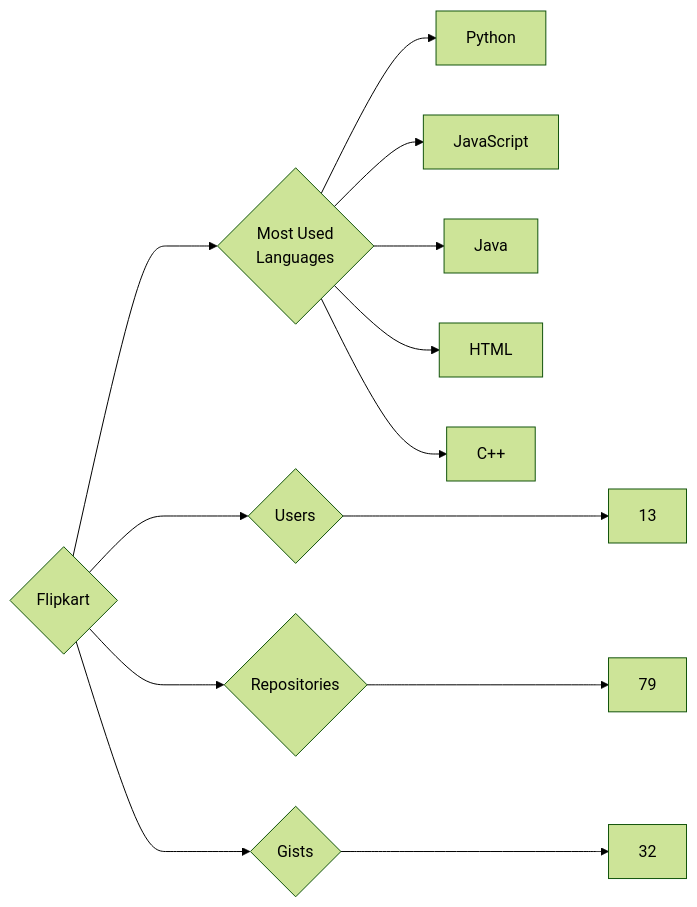
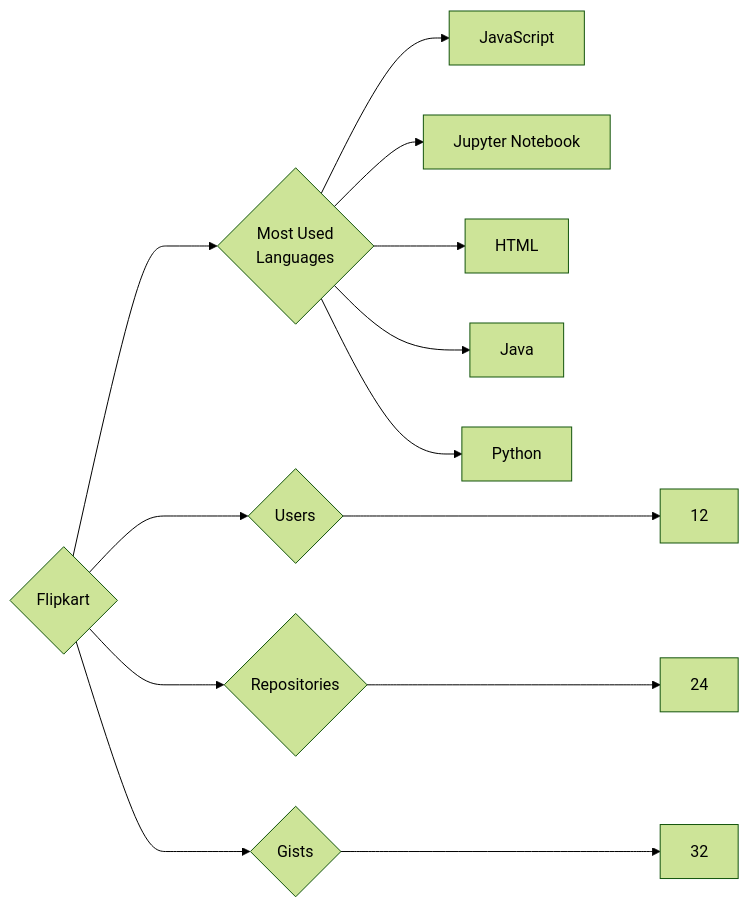
One commit to trickest/insiders changed the diagram in targets/Flipkart/README.md. Above: the diagram before and after it, drawn with Mermaid (forest theme). The commit also changed 872 other files, not shown here.

````diff
--- a/targets/Flipkart/README.md
+++ b/targets/Flipkart/README.md
@@ -3,13 +3,13 @@
 ```mermaid
 graph LR
 COMPANY_NAME{Flipkart}
-COMPANY_NAME ---> U{Users} ---> UN[13]
-COMPANY_NAME ---> R{Repositories} ---> RN[79]
+COMPANY_NAME ---> U{Users} ---> UN[12]
+COMPANY_NAME ---> R{Repositories} ---> RN[24]
 COMPANY_NAME ---> G{Gists} ---> GN[32]
 COMPANY_NAME ---> ML{Most Used<br>Languages}
+ML --> JavaScript[JavaScript]
+ML --> Jupyter_Notebook[Jupyter Notebook]
+ML --> HTML[HTML]
+ML --> Java[Java]
 ML --> Python[Python]
-ML --> JavaScript[JavaScript]
-ML --> Java[Java]
-ML --> HTML[HTML]
-ML --> C++[C++]
 ```
````
